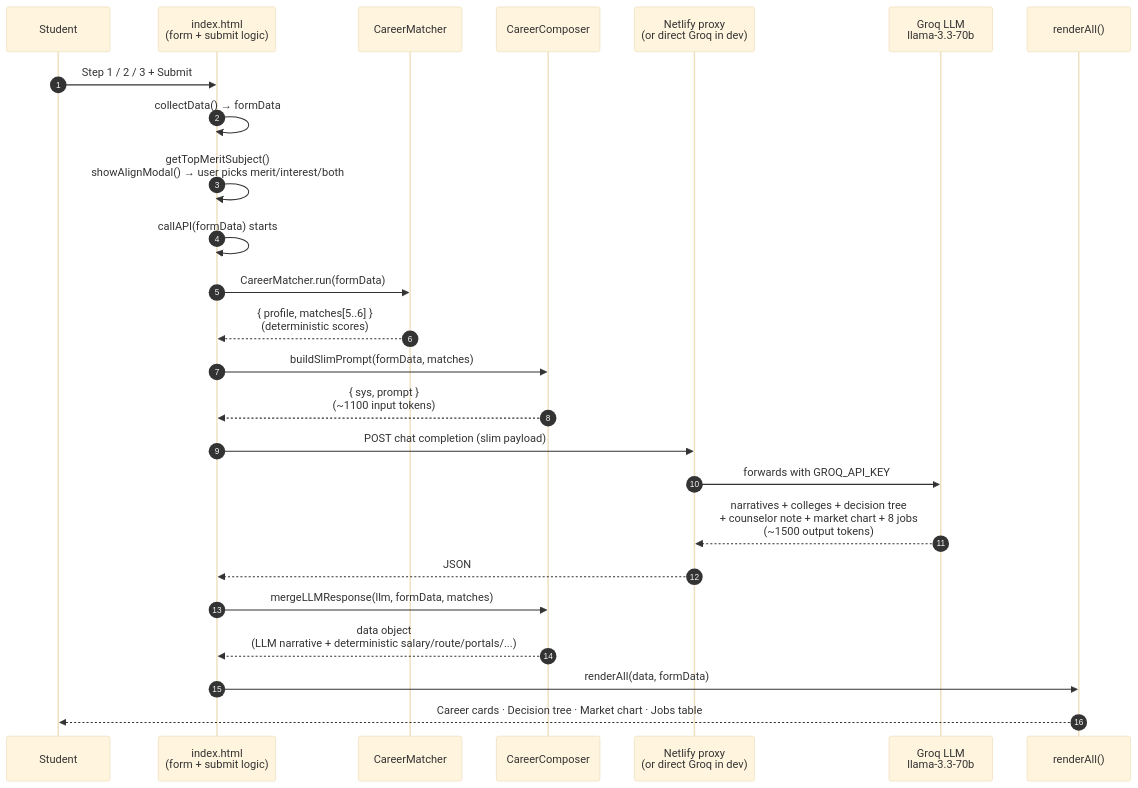
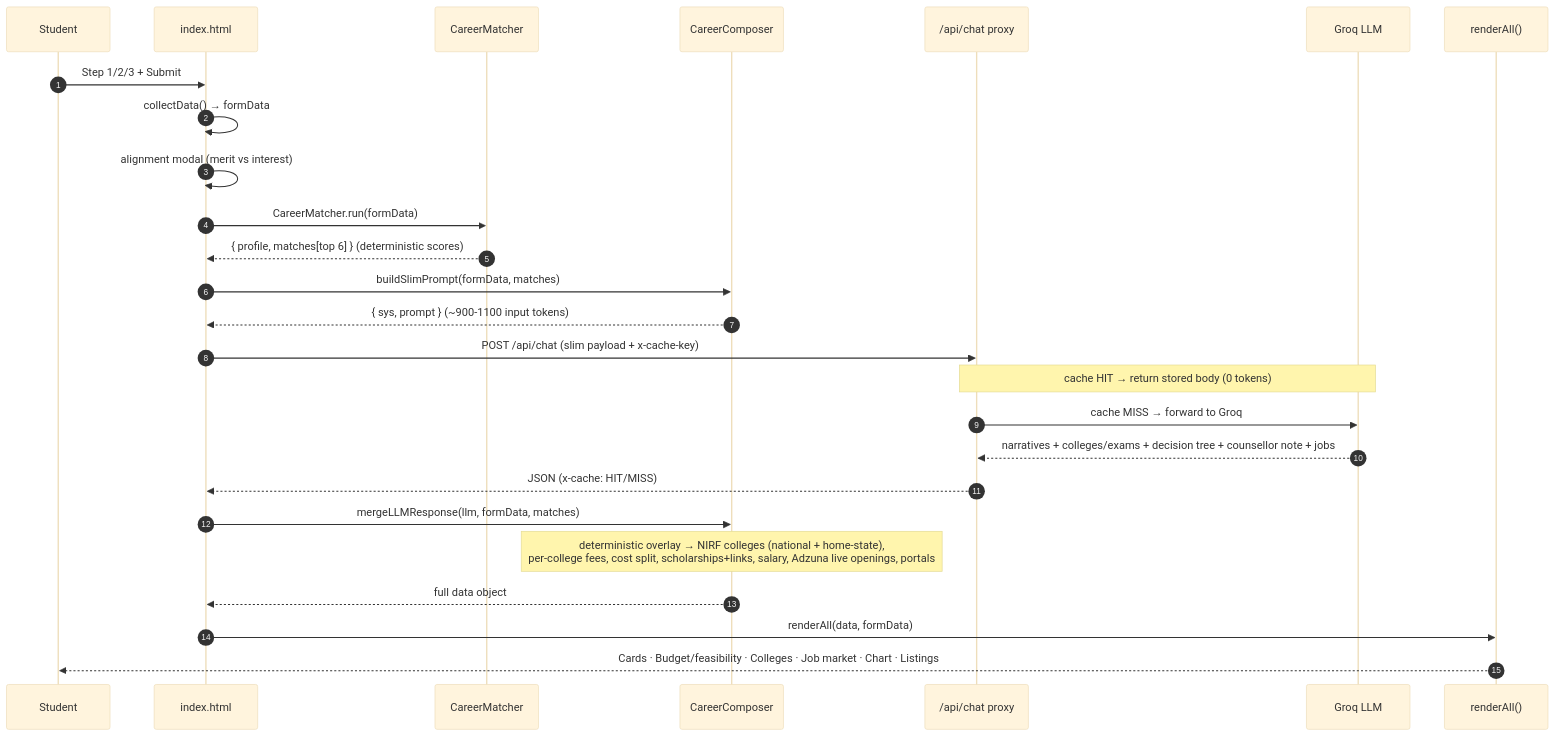
The second of 4 diagrams in ARCHITECTURE.md (seenu037/Career-Disha), drawn with Mermaid (base theme) before and after one commit. The commit also changed other lines of this file and 7 other files, not shown here.

First line of the commit message:
Expand interests/careers, add govt+private job sections, previous-class marks, budget feasibility & fixes

````diff
--- a/ARCHITECTURE.md
+++ b/ARCHITECTURE.md
@@ -44,32 +68,29 @@
 ```mermaid
 sequenceDiagram
   autonumber
   participant U as Student
-  participant F as index.html<br/>(form + submit logic)
+  participant F as index.html
   participant M as CareerMatcher
   participant Cm as CareerComposer
-  participant N as Netlify proxy<br/>(or direct Groq in dev)
-  participant L as Groq LLM<br/>llama-3.3-70b
+  participant P as /api/chat proxy
+  participant L as Groq LLM
   participant R as renderAll()
 
-  U->>F: Step 1 / 2 / 3 + Submit
+  U->>F: Step 1/2/3 + Submit
   F->>F: collectData() → formData
-  F->>F: getTopMeritSubject()<br/>showAlignModal() → user picks merit/interest/both
-  F->>F: callAPI(formData) starts
+  F->>F: alignment modal (merit vs interest)
   F->>M: CareerMatcher.run(formData)
-  M-->>F: { profile, matches[5..6] }<br/>(deterministic scores)
-
+  M-->>F: { profile, matches[top 6] } (deterministic scores)
   F->>Cm: buildSlimPrompt(formData, matches)
-  Cm-->>F: { sys, prompt }<br/>(~1100 input tokens)
-
-  F->>N: POST chat completion (slim payload)
-  N->>L: forwards with GROQ_API_KEY
-  L-->>N: narratives + colleges + decision tree<br/>+ counselor note + market chart + 8 jobs<br/>(~1500 output tokens)
-  N-->>F: JSON
-
+  Cm-->>F: { sys, prompt } (~900-1100 input tokens)
+  F->>P: POST /api/chat (slim payload + x-cache-key)
+  Note over P,L: cache HIT → return stored body (0 tokens)
+  P->>L: cache MISS → forward to Groq
+  L-->>P: narratives + colleges/exams + decision tree + counsellor note + jobs
+  P-->>F: JSON (x-cache: HIT/MISS)
   F->>Cm: mergeLLMResponse(llm, formData, matches)
-  Cm-->>F: data object<br/>(LLM narrative + deterministic salary/route/portals/...)
-
+  Note over Cm: deterministic overlay → NIRF colleges (national + home-state),<br/>per-college fees, cost split, scholarships+links, salary, Adzuna live openings, portals
+  Cm-->>F: full data object
   F->>R: renderAll(data, formData)
-  R-->>U: Career cards · Decision tree · Market chart · Jobs table
+  R-->>U: Cards · Budget/feasibility · Colleges · Job market · Chart · Listings
 ```
````
